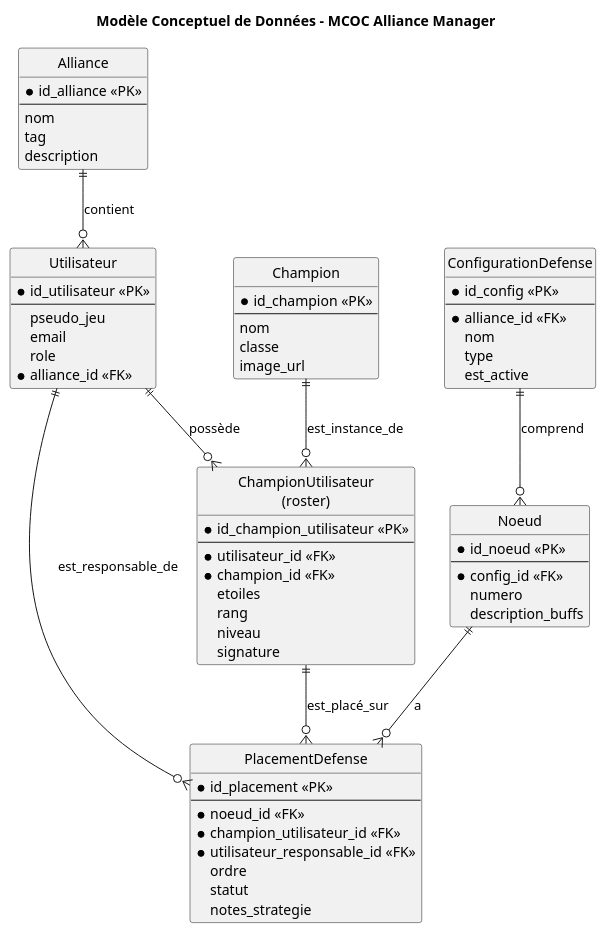
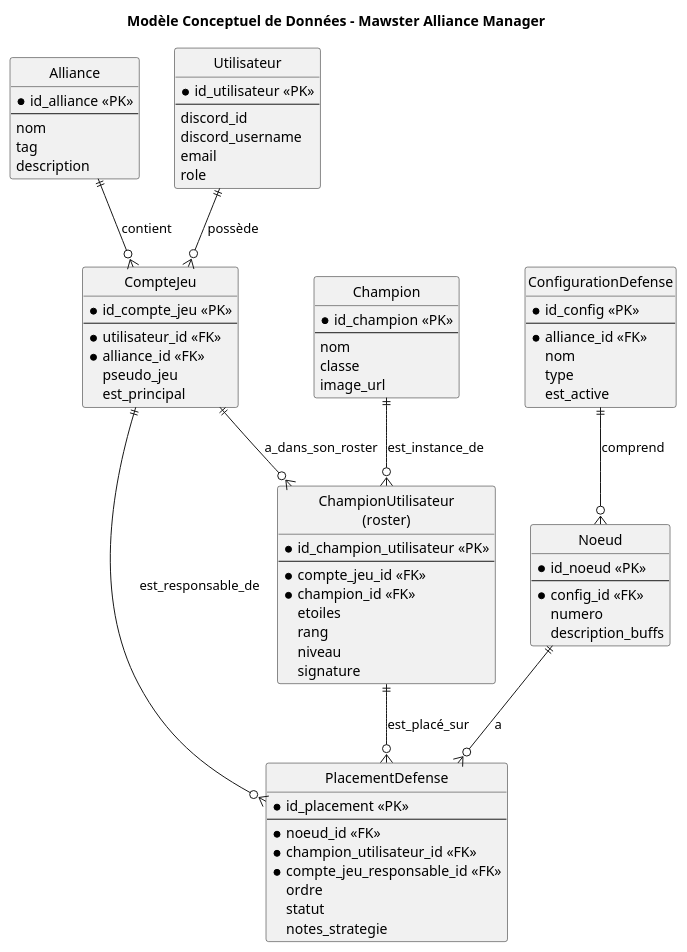
The diagram in api/docs/mdc.puml (SNEAXIII/Mawster), drawn with PlantUML before and after one commit. The commit also changed 12 other files, not shown here.

```diff
--- a/api/docs/mdc.puml
+++ b/api/docs/mdc.puml
@@ -1,80 +1,90 @@
 @startuml MCD_MCOC
-title Modèle Conceptuel de Données - MCOC Alliance Manager
+title Modèle Conceptuel de Données - Mawster Alliance Manager
 hide circle
 skinparam shadowing false
 skinparam monochrome true
 
 entity "Alliance" as alliance {
   * id_alliance <<PK>>
   --
   nom
   tag
   description
 }
 
 entity "Utilisateur" as utilisateur {
   * id_utilisateur <<PK>>
   --
-  pseudo_jeu
+  discord_id
+  discord_username
   email
   role
+}
+
+entity "CompteJeu" as compte_jeu {
+  * id_compte_jeu <<PK>>
+  --
+  * utilisateur_id <<FK>>
   * alliance_id <<FK>>
+  pseudo_jeu
+  est_principal
 }
 
 entity "Champion" as champion {
   * id_champion <<PK>>
   --
   nom
   classe
   image_url
 }
 
 entity "ChampionUtilisateur\n(roster)" as roster {
   * id_champion_utilisateur <<PK>>
   --
-  * utilisateur_id <<FK>>
+  * compte_jeu_id <<FK>>
   * champion_id <<FK>>
   etoiles
   rang
   niveau
   signature
 }
 
 entity "ConfigurationDefense" as config {
   * id_config <<PK>>
   --
   * alliance_id <<FK>>
   nom
   type
   est_active
 }
 
 entity "Noeud" as noeud {
   * id_noeud <<PK>>
   --
   * config_id <<FK>>
   numero
   description_buffs
 }
 
 entity "PlacementDefense" as placement {
   * id_placement <<PK>>
   --
   * noeud_id <<FK>>
   * champion_utilisateur_id <<FK>>
-  * utilisateur_responsable_id <<FK>>
+  * compte_jeu_responsable_id <<FK>>
   ordre
   statut
   notes_strategie
 }
 
-alliance ||--o{ utilisateur : "contient"
-utilisateur ||--o{ roster : "possède"
+utilisateur ||--o{ compte_jeu : "possède"
+alliance ||--o{ compte_jeu : "contient"
+compte_jeu ||--o{ roster : "a_dans_son_roster"
 champion ||--o{ roster : "est_instance_de"
 config ||--o{ noeud : "comprend"
 noeud ||--o{ placement : "a"
 roster ||--o{ placement : "est_placé_sur"
-utilisateur ||--o{ placement : "est_responsable_de"
+compte_jeu ||--o{ placement : "est_responsable_de"
 
 
 @enduml
```
